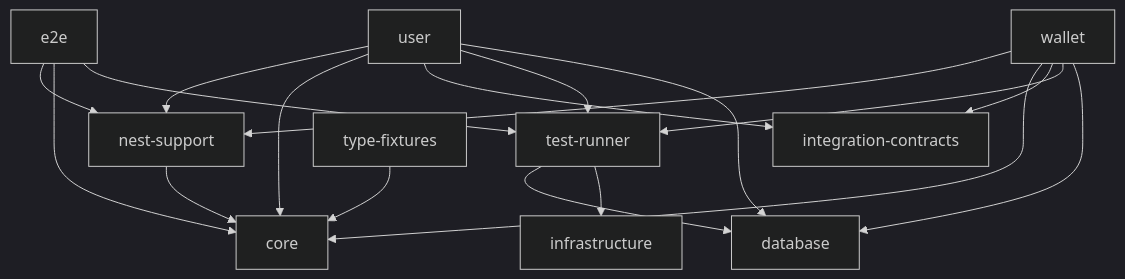
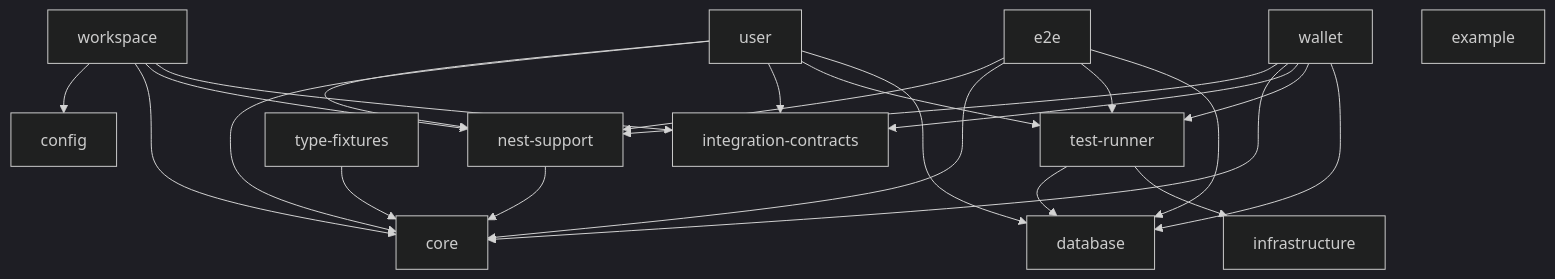
Before and after one commit to danilomartinelli/domain-driven-hexagon-scaffold: the first of 2 diagrams in docs/nx-workspace.md, drawn with Mermaid (dark theme). The commit also changed other lines of this file and 19 other files, not shown here.

First line of the commit message:
feat: enforce architecture boundaries and harden tooling (#47)

````diff
--- a/docs/nx-workspace.md
+++ b/docs/nx-workspace.md
@@ -42,20 +42,26 @@
 ```mermaid
 graph TD
   e2e --> nest-support
   e2e --> core
   e2e --> test-runner
+  e2e --> database
   user --> nest-support
   user --> core
   user --> integration-contracts
   user --> test-runner
   user --> database
   wallet --> nest-support
   wallet --> core
   wallet --> integration-contracts
   wallet --> test-runner
   wallet --> database
   test-runner --> database
   test-runner --> infrastructure
   type-fixtures --> core
   nest-support --> core
+  workspace --> config
+  workspace --> core
+  workspace --> nest-support
+  workspace --> integration-contracts
+  example
 ```
````
